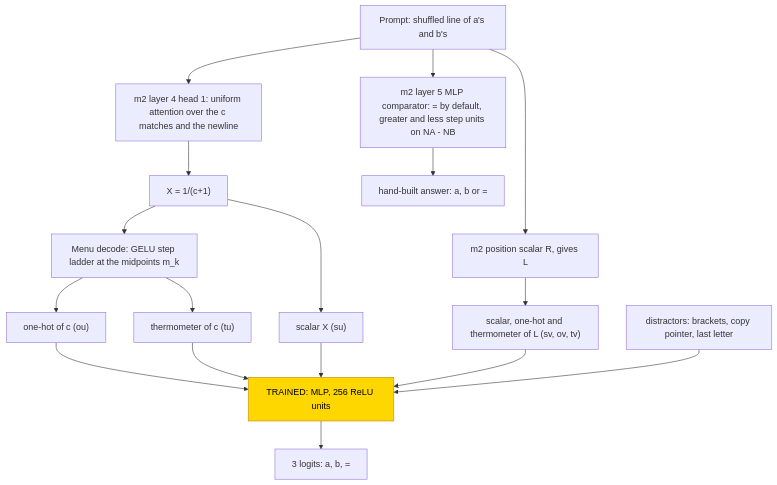
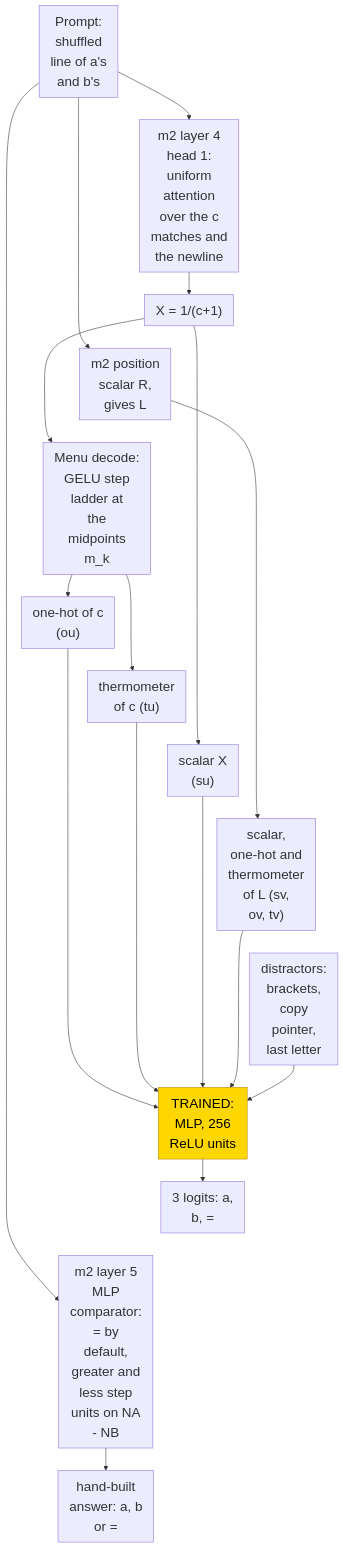
The first of 2 diagrams in entries/compare-counts.md (jc1122/mechanistic-interpretability-circuit-atlas), drawn with Mermaid before and after one commit. The commit also changed other lines of this file and 39 other files, not shown here.

````diff
--- a/entries/compare-counts.md
+++ b/entries/compare-counts.md
@@ -120,23 +120,32 @@
 ```mermaid
+%%{init: {"themeVariables": {"fontSize": "24px"}, "flowchart": {"nodeSpacing": 20, "rankSpacing": 40, "padding": 10}}}%%
 flowchart TD
     accTitle: Frozen count menu and learned comparison stage
     accDescr: The frozen count head and position scalar supply count and length encodings to a trained MLP. A separate fixed comparator supplies the hand-built reference answer. Only the menu-reading MLP is trained; scalar, one-hot, thermometer and distractor inputs are distinct routes.
-    P["Prompt: shuffled line of a's and b's"] --> H["m2 layer 4 head 1: uniform attention over the c matches and the newline"]
+    P["Prompt:<br/>shuffled<br/>line of a's<br/>and b's"] --> H["m2 layer 4<br/>head 1:<br/>uniform<br/>attention<br/>over the c<br/>matches and<br/>the newline"]
     H --> X["X = 1/(c+1)"]
-    P --> R["m2 position scalar R, gives L"]
-    X --> D["Menu decode: GELU step ladder at the midpoints m_k"]
-    D --> OU["one-hot of c (ou)"]
-    D --> TU["thermometer of c (tu)"]
-    X --> SU["scalar X (su)"]
-    R --> LB["scalar, one-hot and thermometer of L (sv, ov, tv)"]
-    OU --> M["TRAINED: MLP, 256 ReLU units"]
+    P --> R["m2 position<br/>scalar R,<br/>gives L"]
+    X --> D["Menu decode:<br/>GELU step<br/>ladder at<br/>the<br/>midpoints<br/>m_k"]
+    D --> OU["one-hot of c<br/>(ou)"]
+    D --> TU["thermometer<br/>of c (tu)"]
+    X --> SU["scalar X<br/>(su)"]
+    R --> LB["scalar,<br/>one-hot and<br/>thermometer<br/>of L (sv,<br/>ov, tv)"]
+    OU --> M["TRAINED:<br/>MLP, 256<br/>ReLU units"]
     TU --> M
     SU --> M
     LB --> M
-    DS["distractors: brackets, copy pointer, last letter"] --> M
-    M --> Y["3 logits: a, b, ="]
-    P --> C["m2 layer 5 MLP comparator: = by default, greater and less step units on NA - NB"]
-    C --> HY["hand-built answer: a, b or ="]
+    DS["distractors:<br/>brackets,<br/>copy<br/>pointer,<br/>last letter"] --> M
+    M --> Y["3 logits: a,<br/>b, ="]
+    P --> C["m2 layer 5<br/>MLP<br/>comparator:<br/>= by<br/>default,<br/>greater and<br/>less step<br/>units on NA<br/>- NB"]
+    C --> HY["hand-built<br/>answer: a, b<br/>or ="]
     classDef trained fill:gold,stroke:darkgoldenrod,color:black
     class M trained
+    %% Invisible links constrain vertical layout only, not computation.
+    X ~~~ R
+    R ~~~ D
+    OU ~~~ TU
+    TU ~~~ SU
+    SU ~~~ LB
+    LB ~~~ DS
+    Y ~~~ C
 ```
````
